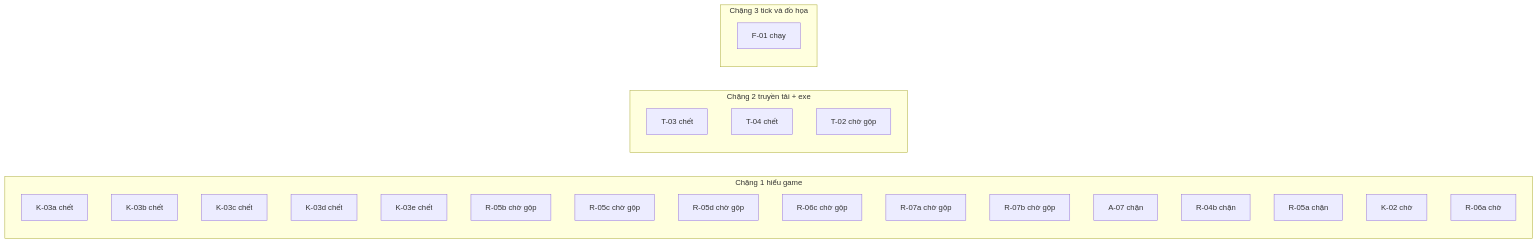
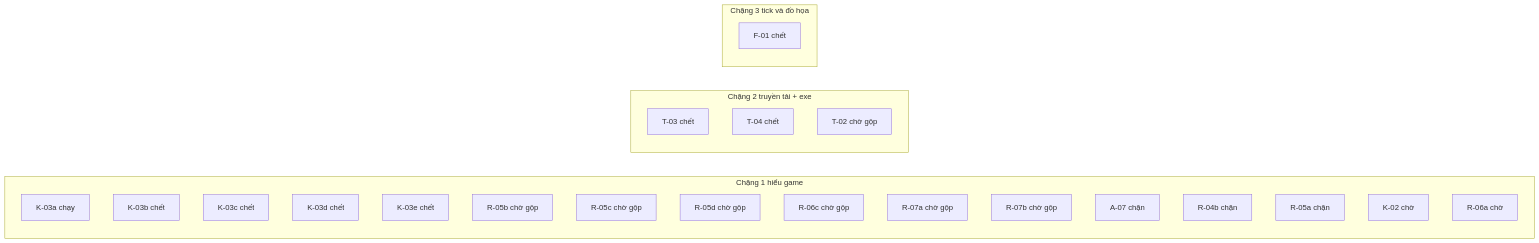
One commit to ndtangoss-dev/jx1-reports changed the diagram in JX1_OPS/STATE/TIEN-DO.md. Above: the diagram before and after it, drawn with Mermaid. The commit also changed other lines of this file and 3 other files, not shown here.

````diff
--- a/JX1_OPS/STATE/TIEN-DO.md
+++ b/JX1_OPS/STATE/TIEN-DO.md
@@ -9,29 +9,29 @@
 ```mermaid
 flowchart LR
   subgraph S1["Chặng 1 hiểu game"]
-    K_03a["K-03a chết"]
+    K_03a["K-03a chạy"]
     K_03b["K-03b chết"]
     K_03c["K-03c chết"]
     K_03d["K-03d chết"]
     K_03e["K-03e chết"]
     R_05b["R-05b chờ gộp"]
     R_05c["R-05c chờ gộp"]
     R_05d["R-05d chờ gộp"]
     R_06c["R-06c chờ gộp"]
     R_07a["R-07a chờ gộp"]
     R_07b["R-07b chờ gộp"]
     A_07["A-07 chặn"]
     R_04b["R-04b chặn"]
     R_05a["R-05a chặn"]
     K_02["K-02 chờ"]
     R_06a["R-06a chờ"]
   end
   subgraph S2["Chặng 2 truyền tải + exe"]
     T_03["T-03 chết"]
     T_04["T-04 chết"]
     T_02["T-02 chờ gộp"]
   end
   subgraph S3["Chặng 3 tick và đồ họa"]
-    F_01["F-01 chạy"]
+    F_01["F-01 chết"]
   end
 ```
````
